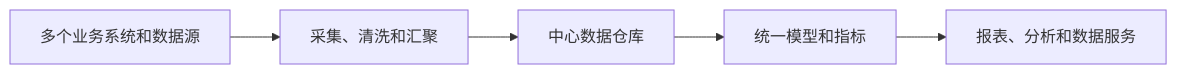
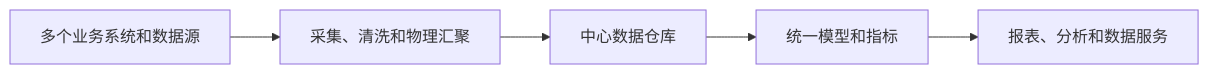
One commit to pampa0629/addp changed the first of 2 diagrams in docs/books/数据治理100问/02-概念辨析篇/015-什么是数据编织Data-Fabric.md. Above: the diagram before and after it, drawn with Mermaid. The commit also changed other lines of this file and 57 other files, not shown here.

````diff
--- a/docs/books/数据治理100问/02-概念辨析篇/015-什么是数据编织Data-Fabric.md
+++ b/docs/books/数据治理100问/02-概念辨析篇/015-什么是数据编织Data-Fabric.md
@@ -56,7 +65,7 @@
 ```mermaid
 flowchart LR
-    A["多个业务系统和数据源"] --> B["采集、清洗和汇聚"]
+    A["多个业务系统和数据源"] --> B["采集、清洗和物理汇聚"]
     B --> C["中心数据仓库"]
     C --> D["统一模型和指标"]
     D --> E["报表、分析和数据服务"]
 ```
````
